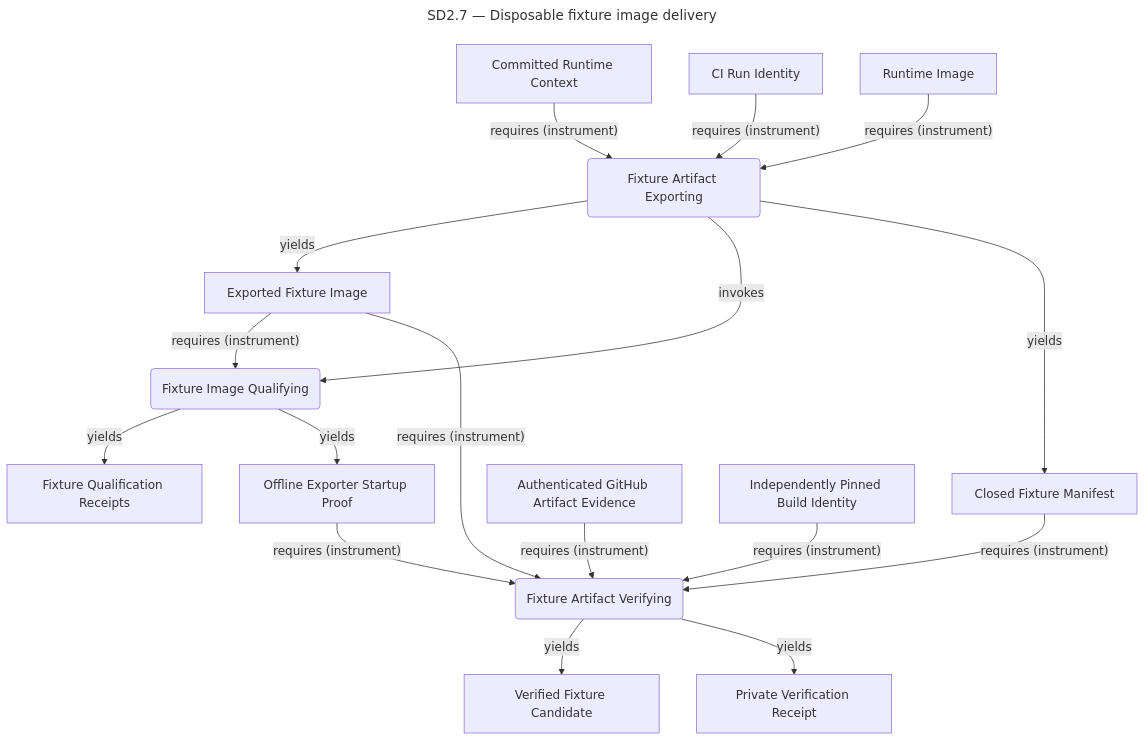
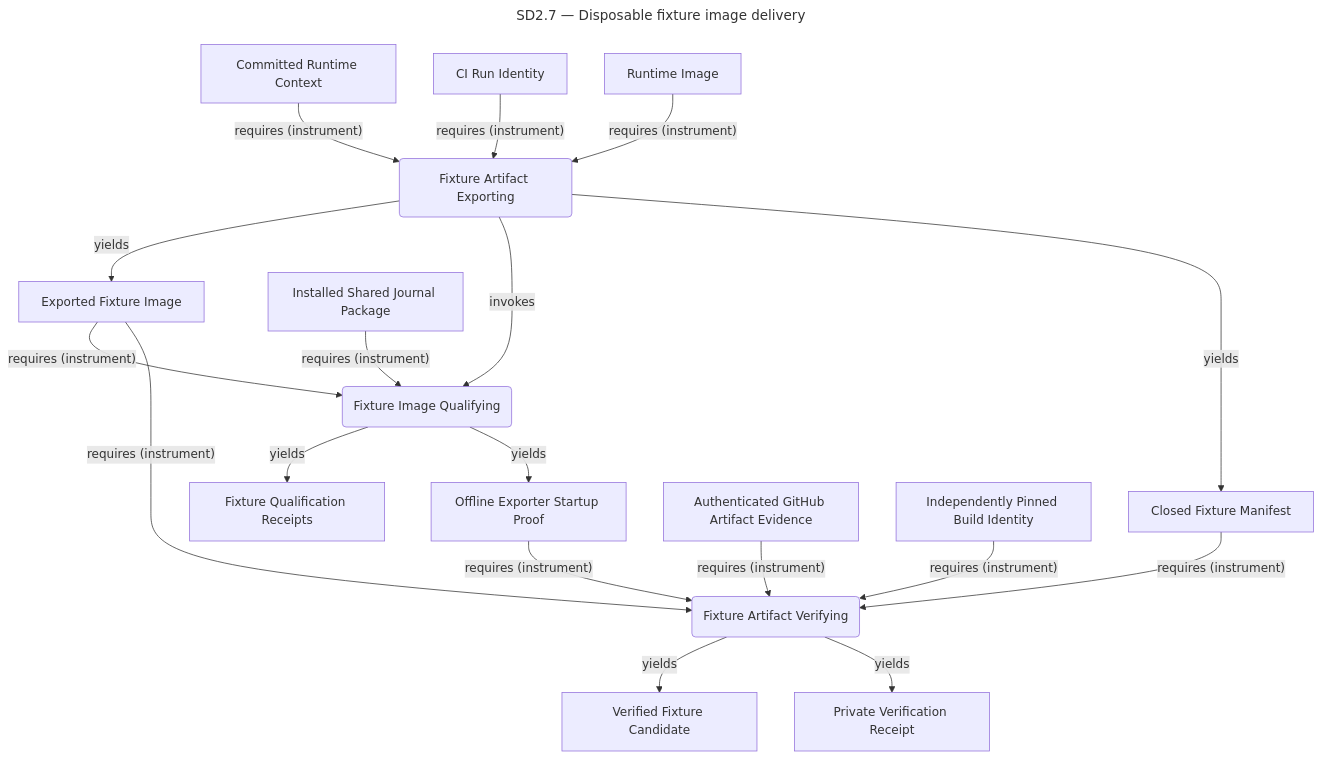
One commit to ojfbot/daily-logger changed diagram 15 of 19 in opm/system.md. Above: the diagram before and after it, drawn with Mermaid. The commit also changed other lines of this file and 23 other files, not shown here.

Commit message:
feat(service): validate recorded drafts with shared article schemas

````diff
--- a/opm/system.md
+++ b/opm/system.md
@@ -1787,38 +1793,40 @@
 ```mermaid
 ---
 title: "SD2.7 — Disposable fixture image delivery"
 ---
 flowchart TD
   accTitle: SD2.7 — Disposable fixture image delivery
   accDescr: Lossy system model projection. Complete source facts follow this diagram.
-  n343("Fixture Artifact Exporting")
-  n344["Committed Runtime Context"]
-  n345["CI Run Identity"]
-  n346["Runtime Image"]
-  n347["Exported Fixture Image"]
-  n348("Fixture Image Qualifying")
-  n349["Fixture Qualification Receipts"]
-  n350["Offline Exporter Startup Proof"]
-  n351["Closed Fixture Manifest"]
-  n352("Fixture Artifact Verifying")
-  n353["Authenticated GitHub Artifact Evidence"]
-  n354["Independently Pinned Build Identity"]
-  n355["Verified Fixture Candidate"]
-  n356["Private Verification Receipt"]
-  n344 -->|"requires (instrument)"| n343
-  n345 -->|"requires (instrument)"| n343
-  n346 -->|"requires (instrument)"| n343
-  n343 -->|"yields"| n347
-  n343 -->|"invokes"| n348
-  n347 -->|"requires (instrument)"| n348
-  n348 -->|"yields"| n349
-  n348 -->|"yields"| n350
-  n343 -->|"yields"| n351
-  n353 -->|"requires (instrument)"| n352
-  n354 -->|"requires (instrument)"| n352
-  n347 -->|"requires (instrument)"| n352
-  n351 -->|"requires (instrument)"| n352
-  n350 -->|"requires (instrument)"| n352
-  n352 -->|"yields"| n355
-  n352 -->|"yields"| n356
+  n345("Fixture Artifact Exporting")
+  n346["Committed Runtime Context"]
+  n347["CI Run Identity"]
+  n348["Runtime Image"]
+  n349["Exported Fixture Image"]
+  n350("Fixture Image Qualifying")
+  n351["Installed Shared Journal Package"]
+  n352["Fixture Qualification Receipts"]
+  n353["Offline Exporter Startup Proof"]
+  n354["Closed Fixture Manifest"]
+  n355("Fixture Artifact Verifying")
+  n356["Authenticated GitHub Artifact Evidence"]
+  n357["Independently Pinned Build Identity"]
+  n358["Verified Fixture Candidate"]
+  n359["Private Verification Receipt"]
+  n346 -->|"requires (instrument)"| n345
+  n347 -->|"requires (instrument)"| n345
+  n348 -->|"requires (instrument)"| n345
+  n345 -->|"yields"| n349
+  n345 -->|"invokes"| n350
+  n349 -->|"requires (instrument)"| n350
+  n351 -->|"requires (instrument)"| n350
+  n350 -->|"yields"| n352
+  n350 -->|"yields"| n353
+  n345 -->|"yields"| n354
+  n356 -->|"requires (instrument)"| n355
+  n357 -->|"requires (instrument)"| n355
+  n349 -->|"requires (instrument)"| n355
+  n354 -->|"requires (instrument)"| n355
+  n353 -->|"requires (instrument)"| n355
+  n355 -->|"yields"| n358
+  n355 -->|"yields"| n359
 ```
````
